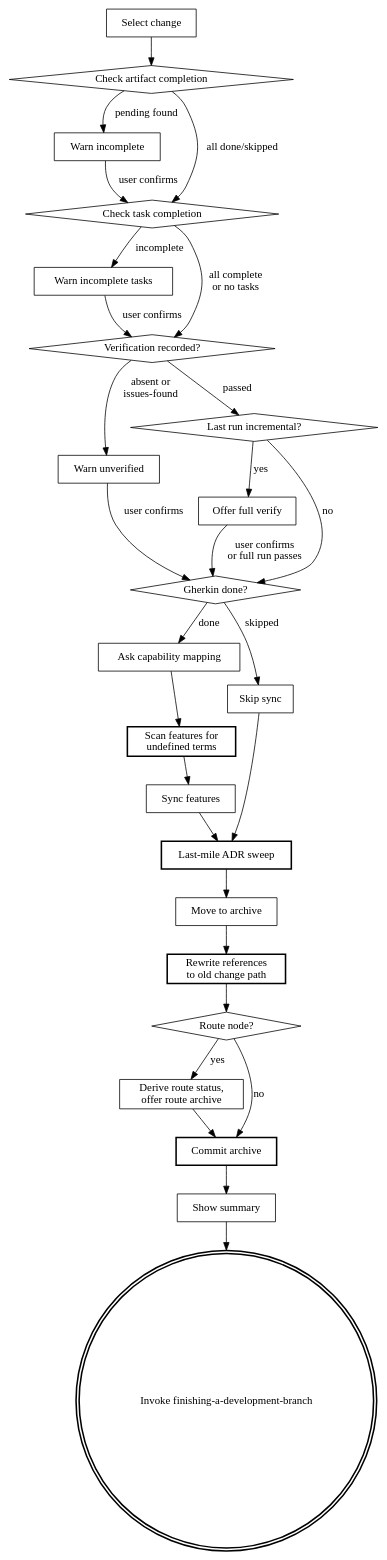
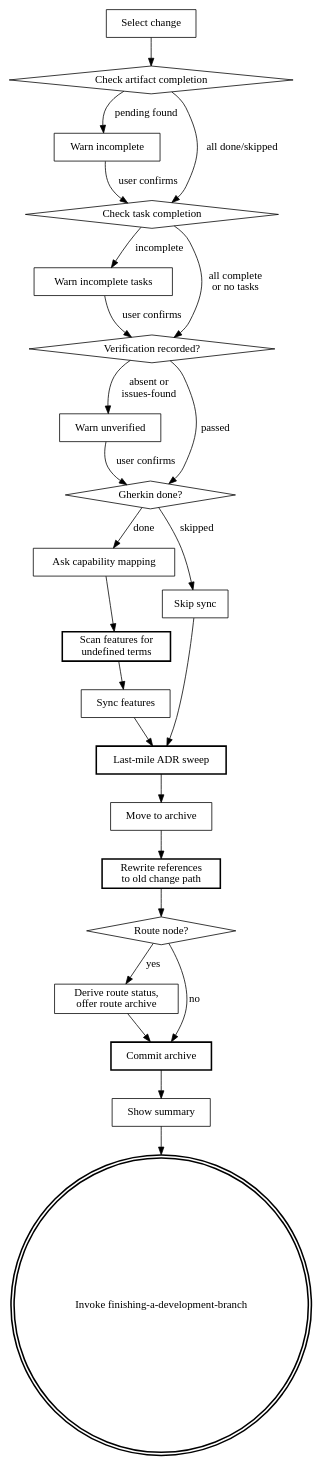
Before and after one commit to kirkchen/beat: the diagram in skills/archive/SKILL.md, drawn with Graphviz. The commit also changed other lines of this file and 36 other files, not shown here.

````diff
--- a/skills/archive/SKILL.md
+++ b/skills/archive/SKILL.md
@@ -97,54 +95,49 @@
 ```dot
 digraph archive {
     "Select change" [shape=box];
     "Check artifact completion" [shape=diamond];
     "Warn incomplete" [shape=box];
     "Check task completion" [shape=diamond];
     "Warn incomplete tasks" [shape=box];
     "Verification recorded?" [shape=diamond];
     "Warn unverified" [shape=box];
-    "Last run incremental?" [shape=diamond];
-    "Offer full verify" [shape=box];
     "Gherkin done?" [shape=diamond];
     "Ask capability mapping" [shape=box];
     "Scan features for\nundefined terms" [shape=box, style=bold];
     "Sync features" [shape=box];
     "Skip sync" [shape=box];
     "Last-mile ADR sweep" [shape=box, style=bold];
     "Move to archive" [shape=box];
     "Rewrite references\nto old change path" [shape=box, style=bold];
     "Route node?" [shape=diamond];
     "Derive route status,\noffer route archive" [shape=box];
     "Commit archive" [shape=box, style=bold];
     "Show summary" [shape=box];
     "Invoke finishing-a-development-branch" [shape=doublecircle, style=bold];
 
     "Select change" -> "Check artifact completion";
     "Check artifact completion" -> "Warn incomplete" [label="pending found"];
     "Check artifact completion" -> "Check task completion" [label="all done/skipped"];
     "Warn incomplete" -> "Check task completion" [label="user confirms"];
     "Check task completion" -> "Warn incomplete tasks" [label="incomplete"];
     "Check task completion" -> "Verification recorded?" [label="all complete\nor no tasks"];
     "Warn incomplete tasks" -> "Verification recorded?" [label="user confirms"];
     "Verification recorded?" -> "Warn unverified" [label="absent or\nissues-found"];
-    "Verification recorded?" -> "Last run incremental?" [label="passed"];
+    "Verification recorded?" -> "Gherkin done?" [label="passed"];
     "Warn unverified" -> "Gherkin done?" [label="user confirms"];
-    "Last run incremental?" -> "Offer full verify" [label="yes"];
-    "Last run incremental?" -> "Gherkin done?" [label="no"];
-    "Offer full verify" -> "Gherkin done?" [label="user confirms\nor full run passes"];
     "Gherkin done?" -> "Ask capability mapping" [label="done"];
     "Gherkin done?" -> "Skip sync" [label="skipped"];
     "Ask capability mapping" -> "Scan features for\nundefined terms";
     "Scan features for\nundefined terms" -> "Sync features";
     "Sync features" -> "Last-mile ADR sweep";
     "Skip sync" -> "Last-mile ADR sweep";
     "Last-mile ADR sweep" -> "Move to archive";
     "Move to archive" -> "Rewrite references\nto old change path";
     "Rewrite references\nto old change path" -> "Route node?";
     "Route node?" -> "Derive route status,\noffer route archive" [label="yes"];
     "Route node?" -> "Commit archive" [label="no"];
     "Derive route status,\noffer route archive" -> "Commit archive";
     "Commit archive" -> "Show summary";
     "Show summary" -> "Invoke finishing-a-development-branch";
 }
 ```
````
